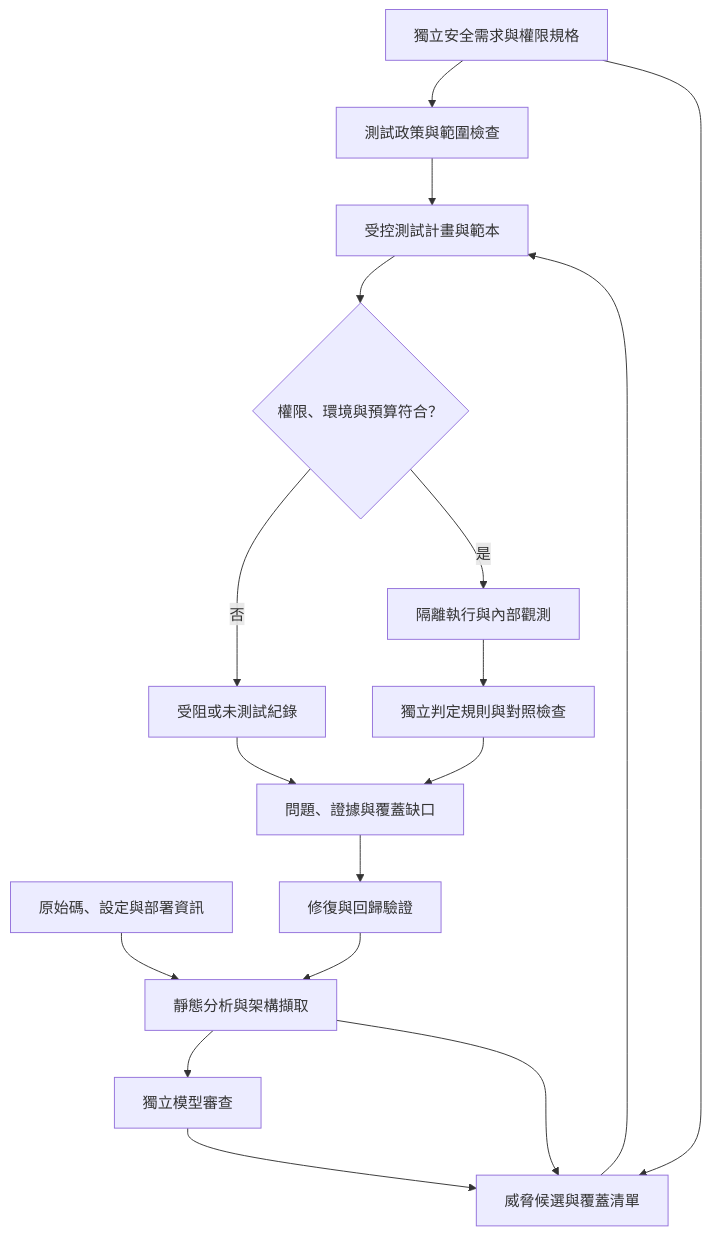
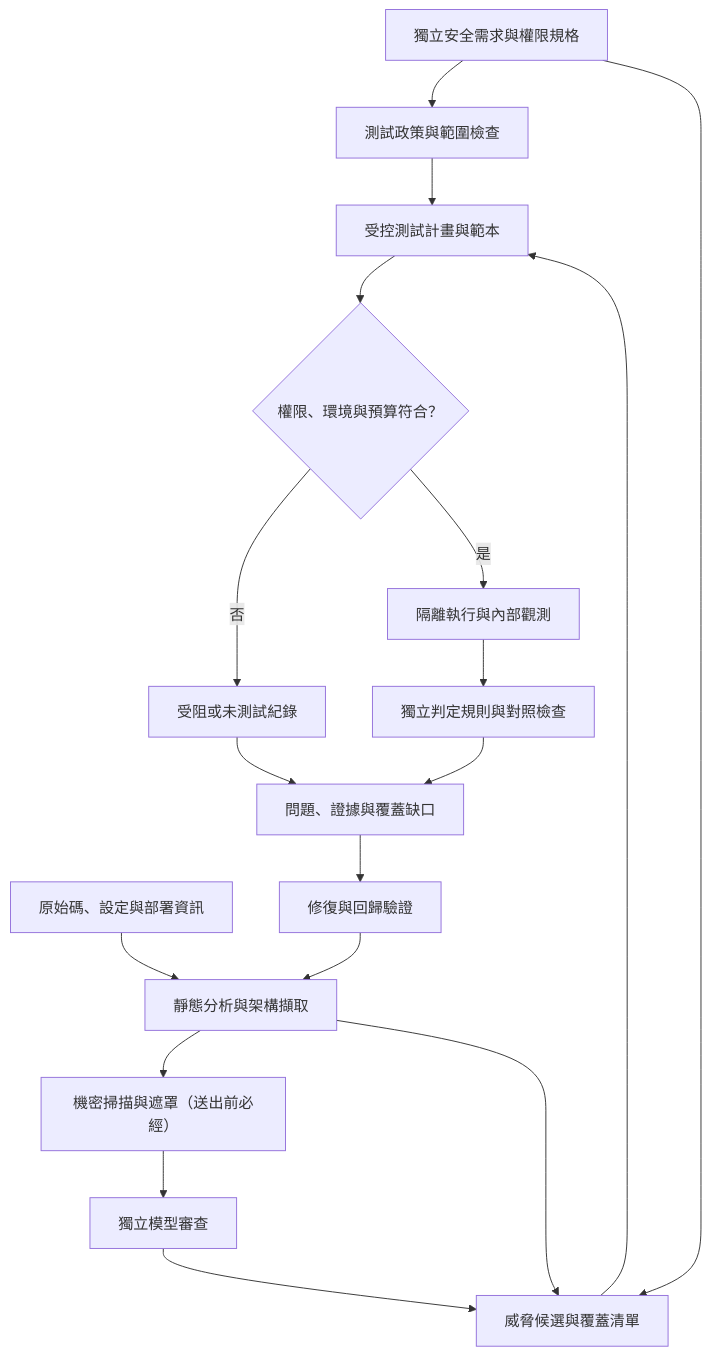
The first of 2 diagrams in docs/research/vibe-coding-multiagent-testing-toolkit-architecture-v1.3.md (chinchiang/MultiAgentZeta), drawn with Mermaid before and after one commit. The commit also changed other lines of this file, not shown here.

````diff
--- a/docs/research/vibe-coding-multiagent-testing-toolkit-architecture-v1.3.md
+++ b/docs/research/vibe-coding-multiagent-testing-toolkit-architecture-v1.3.md
@@ -211,19 +211,20 @@
 ```mermaid
 flowchart TD
     SPEC["獨立安全需求與權限規格"] --> POLICY["測試政策與範圍檢查"]
     SRC["原始碼、設定與部署資訊"] --> EXTRACT["靜態分析與架構擷取"]
-    EXTRACT --> REVIEW["獨立模型審查"]
+    EXTRACT --> MASK["機密掃描與遮罩（送出前必經）"]
+    MASK --> REVIEW["獨立模型審查"]
     EXTRACT --> THREAT["威脅候選與覆蓋清單"]
     REVIEW --> THREAT
     SPEC --> THREAT
     THREAT --> PLAN["受控測試計畫與範本"]
     POLICY --> PLAN
     PLAN --> GUARD{"權限、環境與預算符合？"}
     GUARD -->|否| BLOCK["受阻或未測試紀錄"]
     GUARD -->|是| RUN["隔離執行與內部觀測"]
     RUN --> JUDGE["獨立判定規則與對照檢查"]
     JUDGE --> REPORT["問題、證據與覆蓋缺口"]
     BLOCK --> REPORT
     REPORT --> FIX["修復與回歸驗證"]
     FIX --> EXTRACT
 ```
````
